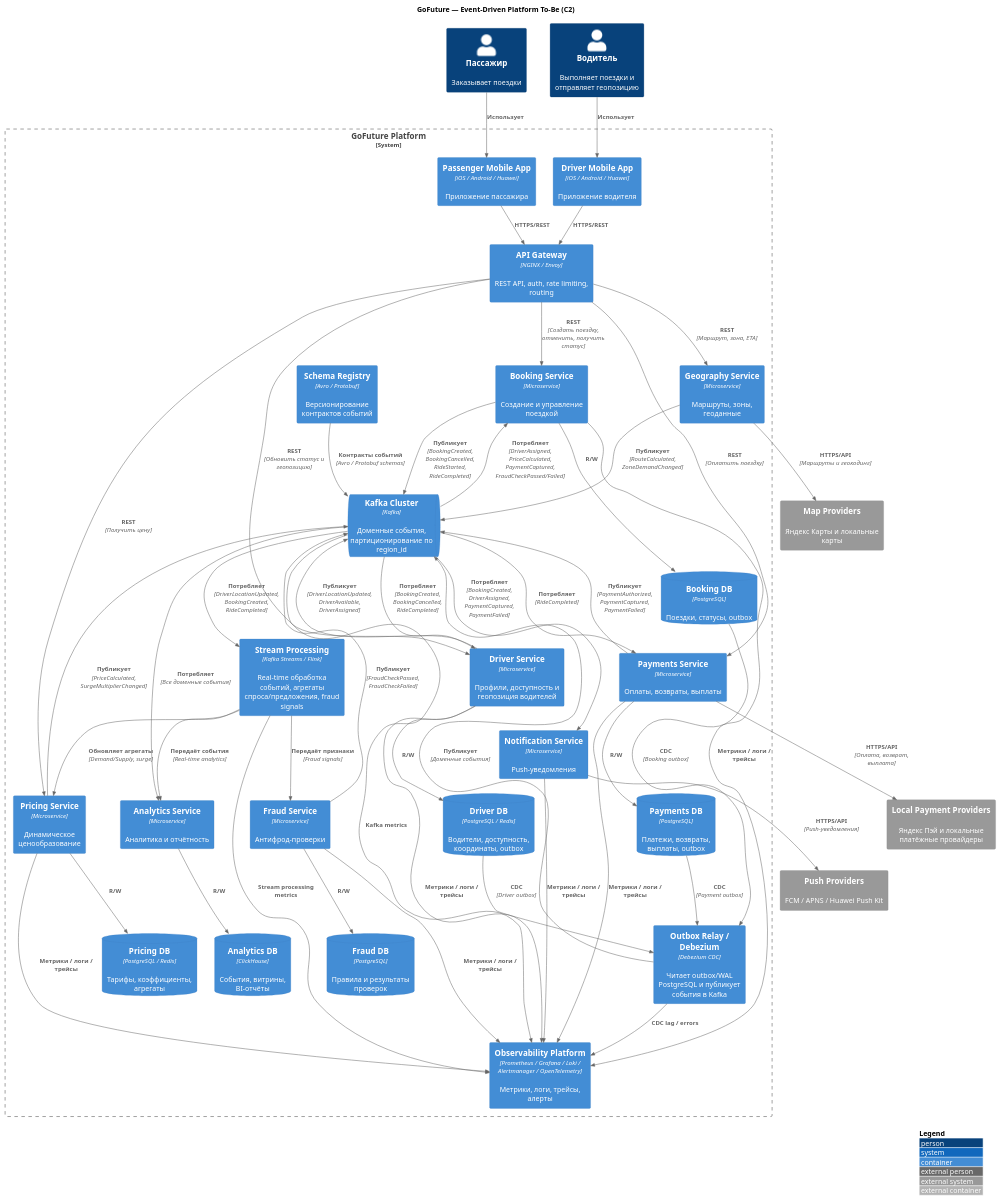
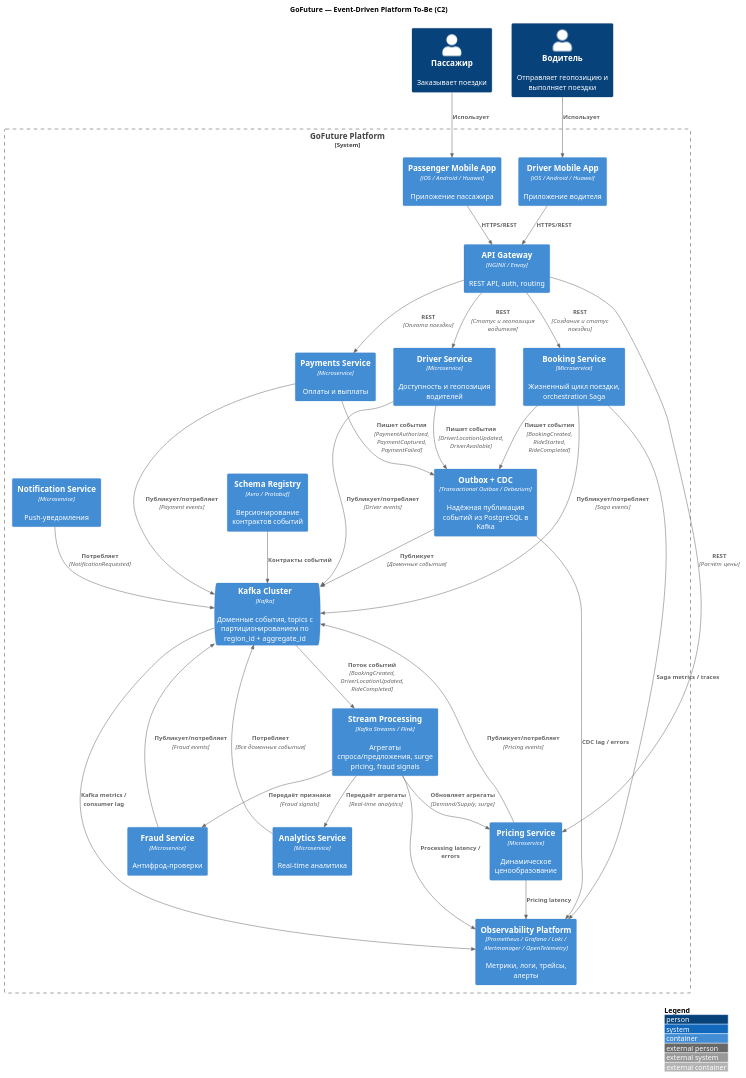
One commit to vstebletsov89/MSA-GoFuture changed the diagram in Task2/c2-event-platform.puml. Above: the diagram before and after it, drawn with PlantUML.

```diff
--- a/Task2/c2-event-platform.puml
+++ b/Task2/c2-event-platform.puml
@@ -1,104 +1,70 @@
 @startuml C2_GoFuture_Event_Platform
 !include https://raw.githubusercontent.com/plantuml-stdlib/C4-PlantUML/master/C4_Container.puml
 
 LAYOUT_WITH_LEGEND()
 title GoFuture — Event-Driven Platform To-Be (C2)
 
 Person(passenger, "Пассажир", "Заказывает поездки")
-Person(driver, "Водитель", "Выполняет поездки и отправляет геопозицию")
+Person(driver, "Водитель", "Отправляет геопозицию и выполняет поездки")
 
 System_Boundary(gofuture, "GoFuture Platform") {
 
     Container(passenger_app, "Passenger Mobile App", "iOS / Android / Huawei", "Приложение пассажира")
     Container(driver_app, "Driver Mobile App", "iOS / Android / Huawei", "Приложение водителя")
 
-    Container(api_gateway, "API Gateway", "NGINX / Envoy", "REST API, auth, rate limiting, routing")
+    Container(api_gateway, "API Gateway", "NGINX / Envoy", "REST API, auth, routing")
 
-    Container(booking_service, "Booking Service", "Microservice", "Создание и управление поездкой")
-    Container(driver_service, "Driver Service", "Microservice", "Профили, доступность и геопозиция водителей")
+    Container(booking_service, "Booking Service", "Microservice", "Жизненный цикл поездки, orchestration Saga")
+    Container(driver_service, "Driver Service", "Microservice", "Доступность и геопозиция водителей")
     Container(pricing_service, "Pricing Service", "Microservice", "Динамическое ценообразование")
-    Container(payment_service, "Payments Service", "Microservice", "Оплаты, возвраты, выплаты")
+    Container(payment_service, "Payments Service", "Microservice", "Оплаты и выплаты")
     Container(fraud_service, "Fraud Service", "Microservice", "Антифрод-проверки")
     Container(notification_service, "Notification Service", "Microservice", "Push-уведомления")
-    Container(geography_service, "Geography Service", "Microservice", "Маршруты, зоны, геоданные")
-    Container(analytics_service, "Analytics Service", "Microservice", "Аналитика и отчётность")
+    Container(analytics_service, "Analytics Service", "Microservice", "Real-time аналитика")
 
-    ContainerQueue(kafka, "Kafka Cluster", "Kafka", "Доменные события, партиционирование по region_id")
-    Container(kstreams_flink, "Stream Processing", "Kafka Streams / Flink", "Real-time обработка событий, агрегаты спроса/предложения, fraud signals")
+    ContainerQueue(kafka, "Kafka Cluster", "Kafka", "Доменные события, topics с партиционированием по region_id + aggregate_id")
+    Container(stream_processing, "Stream Processing", "Kafka Streams / Flink", "Агрегаты спроса/предложения, surge pricing, fraud signals")
 
-    Container(outbox_relay, "Outbox Relay / Debezium", "Debezium CDC", "Читает outbox/WAL PostgreSQL и публикует события в Kafka")
+    Container(outbox_cdc, "Outbox + CDC", "Transactional Outbox / Debezium", "Надёжная публикация событий из PostgreSQL в Kafka")
     Container(schema_registry, "Schema Registry", "Avro / Protobuf", "Версионирование контрактов событий")
-
-    ContainerDb(booking_db, "Booking DB", "PostgreSQL", "Поездки, статусы, outbox")
-    ContainerDb(driver_db, "Driver DB", "PostgreSQL / Redis", "Водители, доступность, координаты, outbox")
-    ContainerDb(pricing_db, "Pricing DB", "PostgreSQL / Redis", "Тарифы, коэффициенты, агрегаты")
-    ContainerDb(payment_db, "Payments DB", "PostgreSQL", "Платежи, возвраты, выплаты, outbox")
-    ContainerDb(fraud_db, "Fraud DB", "PostgreSQL", "Правила и результаты проверок")
-    ContainerDb(analytics_db, "Analytics DB", "ClickHouse", "События, витрины, BI-отчёты")
 
     Container(observability, "Observability Platform", "Prometheus / Grafana / Loki / Alertmanager / OpenTelemetry", "Метрики, логи, трейсы, алерты")
 }
-
-System_Ext(payment_provider, "Local Payment Providers", "Яндекс Пэй и локальные платёжные провайдеры")
-System_Ext(push_provider, "Push Providers", "FCM / APNS / Huawei Push Kit")
-System_Ext(map_provider, "Map Providers", "Яндекс Карты и локальные карты")
 
 Rel(passenger, passenger_app, "Использует")
 Rel(driver, driver_app, "Использует")
 
 Rel(passenger_app, api_gateway, "HTTPS/REST")
 Rel(driver_app, api_gateway, "HTTPS/REST")
 
-Rel(api_gateway, booking_service, "REST", "Создать поездку, отменить, получить статус")
-Rel(api_gateway, driver_service, "REST", "Обновить статус и геопозицию")
-Rel(api_gateway, payment_service, "REST", "Оплатить поездку")
-Rel(api_gateway, pricing_service, "REST", "Получить цену")
-Rel(api_gateway, geography_service, "REST", "Маршрут, зона, ETA")
+Rel(api_gateway, booking_service, "REST", "Создание и статус поездки")
+Rel(api_gateway, driver_service, "REST", "Статус и геопозиция водителя")
+Rel(api_gateway, pricing_service, "REST", "Расчёт цены")
+Rel(api_gateway, payment_service, "REST", "Оплата поездки")
 
-Rel(booking_service, booking_db, "R/W")
-Rel(driver_service, driver_db, "R/W")
-Rel(pricing_service, pricing_db, "R/W")
-Rel(payment_service, payment_db, "R/W")
-Rel(fraud_service, fraud_db, "R/W")
-Rel(analytics_service, analytics_db, "R/W")
+Rel(booking_service, outbox_cdc, "Пишет события", "BookingCreated, RideStarted, RideCompleted")
+Rel(driver_service, outbox_cdc, "Пишет события", "DriverLocationUpdated, DriverAvailable")
+Rel(payment_service, outbox_cdc, "Пишет события", "PaymentAuthorized, PaymentCaptured, PaymentFailed")
+Rel(outbox_cdc, kafka, "Публикует", "Доменные события")
 
-Rel(booking_db, outbox_relay, "CDC", "Booking outbox")
-Rel(driver_db, outbox_relay, "CDC", "Driver outbox")
-Rel(payment_db, outbox_relay, "CDC", "Payment outbox")
+Rel(booking_service, kafka, "Публикует/потребляет", "Saga events")
+Rel(driver_service, kafka, "Публикует/потребляет", "Driver events")
+Rel(pricing_service, kafka, "Публикует/потребляет", "Pricing events")
+Rel(payment_service, kafka, "Публикует/потребляет", "Payment events")
+Rel(fraud_service, kafka, "Публикует/потребляет", "Fraud events")
+Rel(notification_service, kafka, "Потребляет", "NotificationRequested")
+Rel(analytics_service, kafka, "Потребляет", "Все доменные события")
 
-Rel(outbox_relay, kafka, "Публикует", "Доменные события")
-Rel(schema_registry, kafka, "Контракты событий", "Avro / Protobuf schemas")
+Rel(kafka, stream_processing, "Поток событий", "BookingCreated, DriverLocationUpdated, RideCompleted")
+Rel(stream_processing, pricing_service, "Обновляет агрегаты", "Demand/Supply, surge")
+Rel(stream_processing, fraud_service, "Передаёт признаки", "Fraud signals")
+Rel(stream_processing, analytics_service, "Передаёт агрегаты", "Real-time analytics")
 
-Rel(booking_service, kafka, "Публикует", "BookingCreated, BookingCancelled, RideStarted, RideCompleted")
-Rel(driver_service, kafka, "Публикует", "DriverLocationUpdated, DriverAvailable, DriverAssigned")
-Rel(pricing_service, kafka, "Публикует", "PriceCalculated, SurgeMultiplierChanged")
-Rel(payment_service, kafka, "Публикует", "PaymentAuthorized, PaymentCaptured, PaymentFailed")
-Rel(fraud_service, kafka, "Публикует", "FraudCheckPassed, FraudCheckFailed")
-Rel(geography_service, kafka, "Публикует", "RouteCalculated, ZoneDemandChanged")
-
-Rel(kafka, kstreams_flink, "Потребляет", "DriverLocationUpdated, BookingCreated, RideCompleted")
-Rel(kstreams_flink, pricing_service, "Обновляет агрегаты", "Demand/Supply, surge")
-Rel(kstreams_flink, fraud_service, "Передаёт признаки", "Fraud signals")
-Rel(kstreams_flink, analytics_service, "Передаёт события", "Real-time analytics")
-
-Rel(kafka, booking_service, "Потребляет", "DriverAssigned, PriceCalculated, PaymentCaptured, FraudCheckPassed/Failed")
-Rel(kafka, driver_service, "Потребляет", "BookingCreated, BookingCancelled, RideCompleted")
-Rel(kafka, payment_service, "Потребляет", "RideCompleted")
-Rel(kafka, notification_service, "Потребляет", "BookingCreated, DriverAssigned, PaymentCaptured, PaymentFailed")
-Rel(kafka, analytics_service, "Потребляет", "Все доменные события")
-
-Rel(payment_service, payment_provider, "HTTPS/API", "Оплата, возврат, выплата")
-Rel(notification_service, push_provider, "HTTPS/API", "Push-уведомления")
-Rel(geography_service, map_provider, "HTTPS/API", "Маршруты и геокодинг")
-
-Rel(booking_service, observability, "Метрики / логи / трейсы")
-Rel(driver_service, observability, "Метрики / логи / трейсы")
-Rel(pricing_service, observability, "Метрики / логи / трейсы")
-Rel(payment_service, observability, "Метрики / логи / трейсы")
-Rel(fraud_service, observability, "Метрики / логи / трейсы")
-Rel(notification_service, observability, "Метрики / логи / трейсы")
-Rel(kafka, observability, "Kafka metrics")
-Rel(kstreams_flink, observability, "Stream processing metrics")
-Rel(outbox_relay, observability, "CDC lag / errors")
+Rel(schema_registry, kafka, "Контракты событий")
+Rel(kafka, observability, "Kafka metrics / consumer lag")
+Rel(stream_processing, observability, "Processing latency / errors")
+Rel(outbox_cdc, observability, "CDC lag / errors")
+Rel(booking_service, observability, "Saga metrics / traces")
+Rel(pricing_service, observability, "Pricing latency")
 
 @enduml
```
